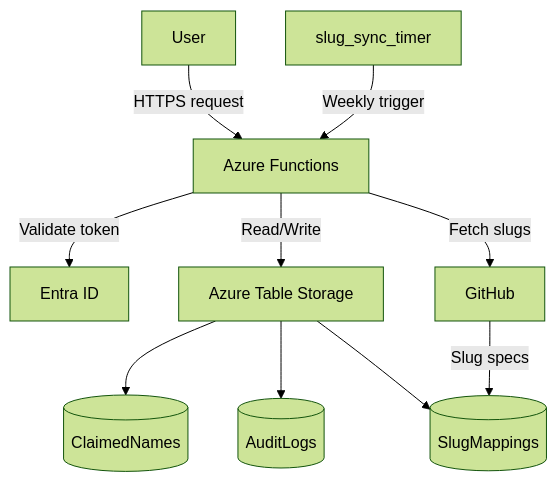
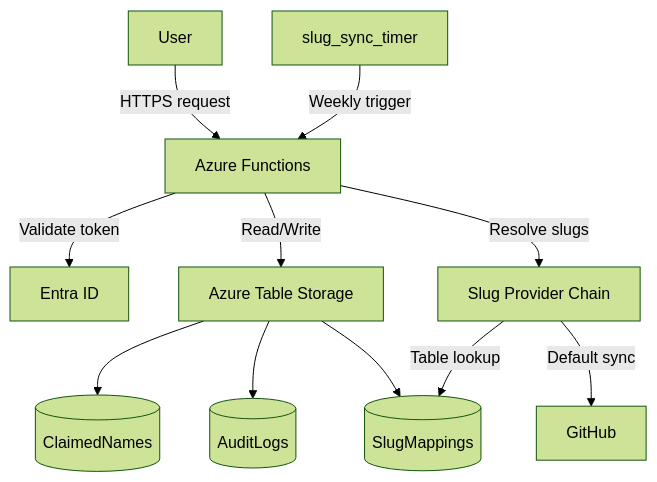
One commit to gedefili/azure-naming changed the diagram in README.md. Above: the diagram before and after it, drawn with Mermaid (forest theme). The commit also changed other lines of this file and 7 other files, not shown here.

Commit message:
Document provider architecture and updated local workflow

````diff
--- a/README.md
+++ b/README.md
@@ -6,12 +6,13 @@
 ```mermaid
 graph TD
     User[User] -->|"HTTPS request"| AzureFn["Azure Functions"]
     AzureFn -->|"Validate token"| EntraID["Entra ID"]
     AzureFn -->|"Read/Write"| Table["Azure Table Storage"]
-    AzureFn -->|"Fetch slugs"| GitHub["GitHub"]
+    AzureFn -->|"Resolve slugs"| SlugSvc["Slug Provider Chain"]
+    SlugSvc -->|"Default sync"| GitHub["GitHub"]
     Timer["slug_sync_timer"] -->|"Weekly trigger"| AzureFn
     Table --> ClaimedNames[("ClaimedNames")]
     Table --> AuditLogs[("AuditLogs")]
     Table --> SlugMappings[("SlugMappings")]
-    GitHub -->|"Slug specs"| SlugMappings
+    SlugSvc -->|"Table lookup"| SlugMappings
 ```
````
